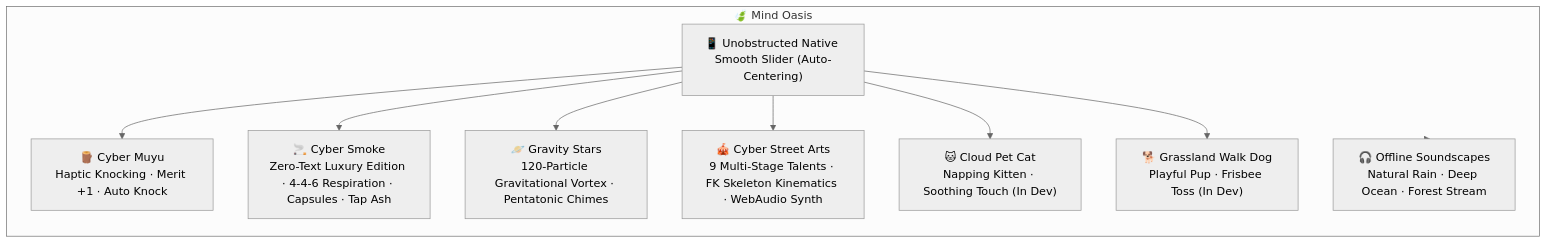
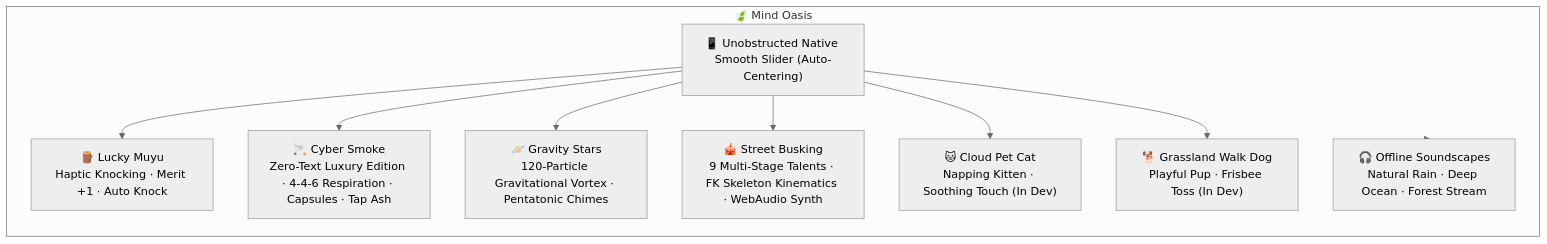
Before and after one commit to Totorohaha/chrono_routine: the diagram in README_EN.md, drawn with Mermaid (neutral theme). The commit also changed other lines of this file and 4 other files, not shown here.

Commit message:
fix(agenda): replace play/repeat/three-dots with direct edit and delete buttons, rename to Lucky Muyu and Street Busking

````diff
--- a/README_EN.md
+++ b/README_EN.md
@@ -90,15 +90,15 @@
 ```mermaid
 flowchart TD
     subgraph Oasis["🍃 Mind Oasis"]
         Nav["📱 Unobstructed Native Smooth Slider (Auto-Centering)"]
-        G1["🪵 Cyber Muyu<br/>Haptic Knocking · Merit +1 · Auto Knock"]
+        G1["🪵 Lucky Muyu<br/>Haptic Knocking · Merit +1 · Auto Knock"]
         G2["🚬 Cyber Smoke<br/>Zero-Text Luxury Edition · 4-4-6 Respiration · Capsules · Tap Ash"]
         G3["🪐 Gravity Stars<br/>120-Particle Gravitational Vortex · Pentatonic Chimes"]
-        G4["🎪 Cyber Street Arts<br/>9 Multi-Stage Talents · FK Skeleton Kinematics · WebAudio Synth"]
+        G4["🎪 Street Busking<br/>9 Multi-Stage Talents · FK Skeleton Kinematics · WebAudio Synth"]
         G5["🐱 Cloud Pet Cat<br/>Napping Kitten · Soothing Touch (In Dev)"]
         G6["🐕 Grassland Walk Dog<br/>Playful Pup · Frisbee Toss (In Dev)"]
         Sound["🎧 Offline Soundscapes<br/>Natural Rain · Deep Ocean · Forest Stream"]
     end
     Nav --> G1 & G2 & G3 & G4 & G5 & G6
     Oasis --> Sound
 ```
````
